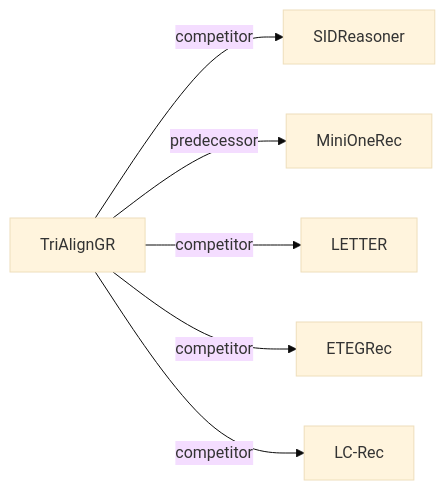
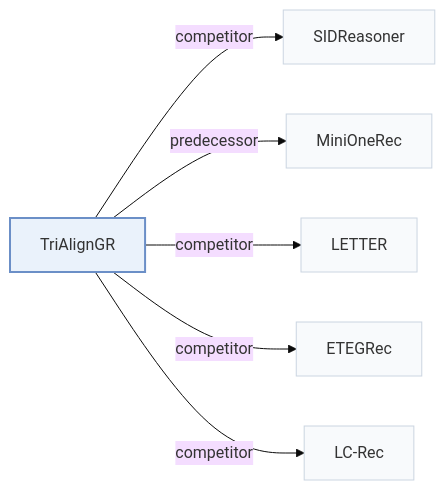
Before and after one commit to Galaxy-ghost/Awesome-SID-Generative-Rec: the second of 2 diagrams in pages/papers/trialigngr.md, drawn with Mermaid (base theme). The commit also changed other lines of this file and 649 other files, not shown here.

Commit message:
writer-05: also tags and modality index (schema, check, build, visuals); summary field removed; calibration data for 12 papers

````diff
--- a/pages/papers/trialigngr.md
+++ b/pages/papers/trialigngr.md
@@ -68,9 +74,13 @@
 ```mermaid
 flowchart LR
     P["TriAlignGR"]
-    P -->|competitor| A["SIDReasoner"]
-    P -->|predecessor| B["MiniOneRec"]
-    P -->|competitor| C["LETTER"]
-    P -->|competitor| D["ETEGRec"]
-    P -->|competitor| E["LC-Rec"]
+    P -->|"competitor"| A["SIDReasoner"]
+    P -->|"predecessor"| B["MiniOneRec"]
+    P -->|"competitor"| C["LETTER"]
+    P -->|"competitor"| D["ETEGRec"]
+    P -->|"competitor"| E["LC-Rec"]
+    classDef main fill:#eaf2fb,stroke:#6b8fc7,stroke-width:2px
+    classDef peer fill:#f8fafc,stroke:#cbd5e1
+    class P main
+    class A,B,C,D,E peer
 ```
````
